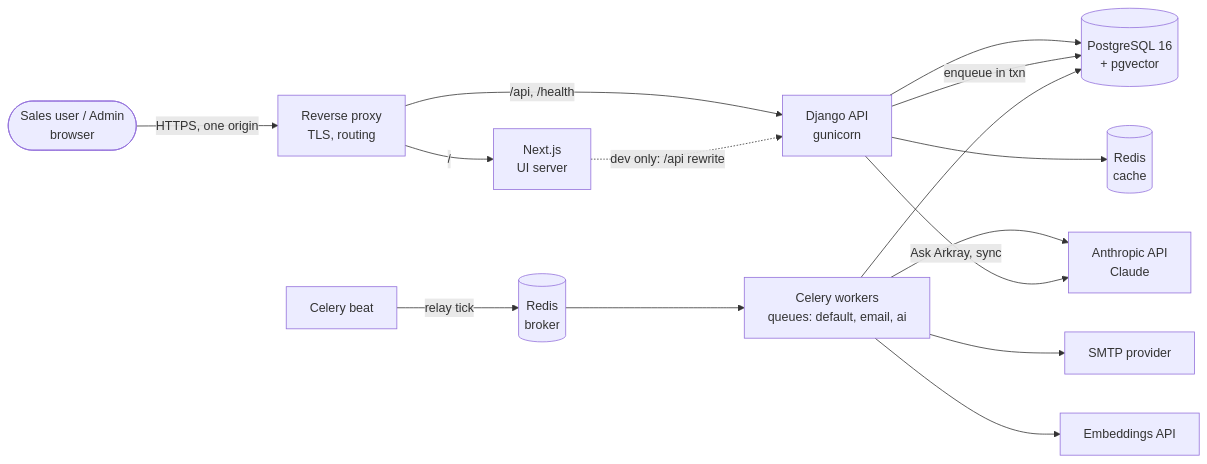
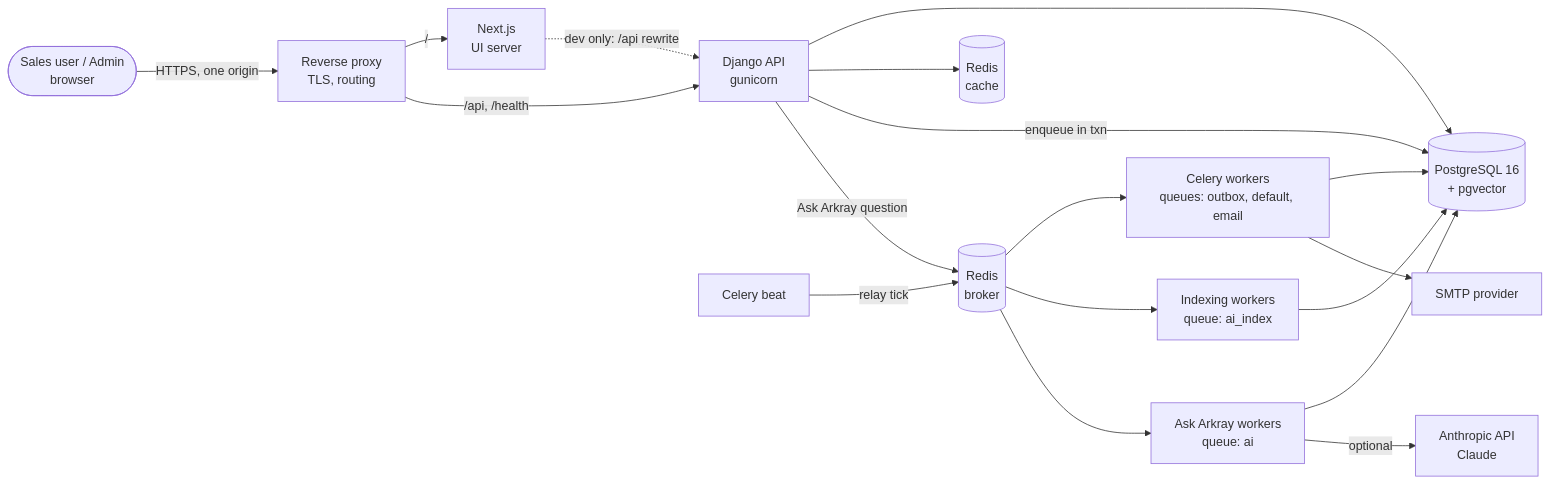
The first of 3 diagrams in docs/architecture.md (Aman03305/Arkray-CRM), drawn with Mermaid before and after one commit. The commit also changed other lines of this file and 267 other files, not shown here.

````diff
--- a/docs/architecture.md
+++ b/docs/architecture.md
@@ -41,17 +41,20 @@
 ```mermaid
 flowchart LR
     user([Sales user / Admin<br/>browser]) -->|HTTPS, one origin| proxy[Reverse proxy<br/>TLS, routing]
     proxy -->|/ | web[Next.js<br/>UI server]
     proxy -->|/api, /health| api[Django API<br/>gunicorn]
     web -. dev only: /api rewrite .-> api
     api --> pg[(PostgreSQL 16<br/>+ pgvector)]
     api --> cache[(Redis<br/>cache)]
     api -->|enqueue in txn| pg
     beat[Celery beat] -->|relay tick| broker[(Redis<br/>broker)]
-    broker --> worker[Celery workers<br/>queues: default, email, ai]
+    broker --> worker[Celery workers<br/>queues: outbox, default, email]
+    broker --> idx[Indexing workers<br/>queue: ai_index]
+    broker --> aiw[Ask Arkray workers<br/>queue: ai]
+    api -->|Ask Arkray question| broker
     worker --> pg
+    aiw --> pg
+    idx --> pg
     worker --> smtp[SMTP provider]
-    worker --> llm[Anthropic API<br/>Claude]
-    worker --> emb[Embeddings API]
-    api -->|Ask Arkray, sync| llm
+    aiw -->|optional| llm[Anthropic API<br/>Claude]
 ```
````
